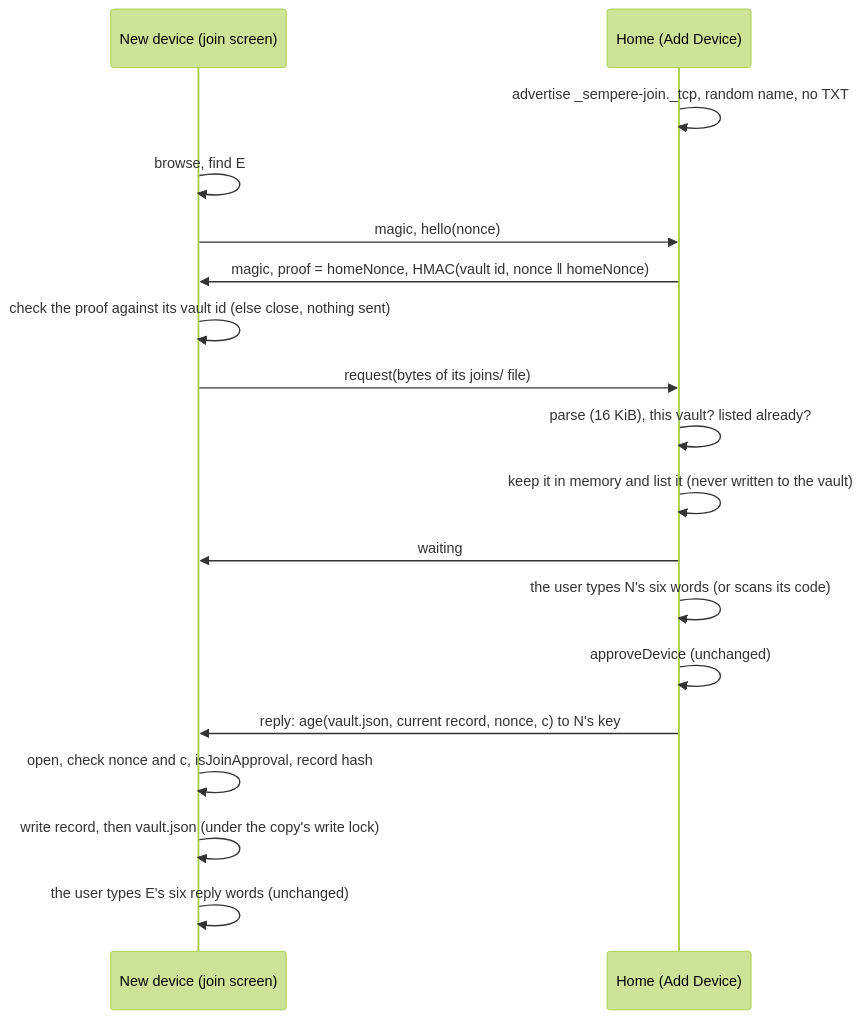
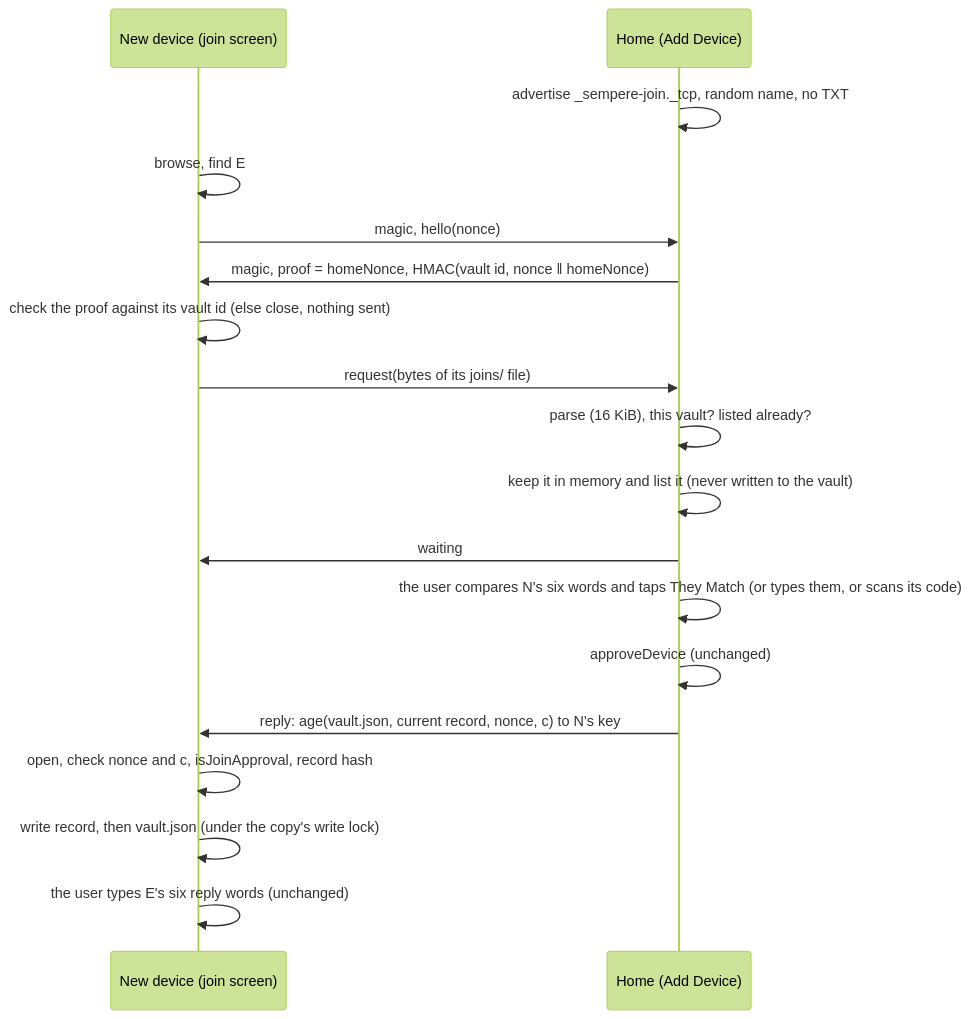
The diagram in docs/design/nearby-join.md (anthonytw/sempere), drawn with Mermaid (forest theme) before and after one commit. The commit also changed 25 other files, not shown here.

First line of the commit message:
join: confirm by tapping They Match (1.2) (#45)

````diff
--- a/docs/design/nearby-join.md
+++ b/docs/design/nearby-join.md
@@ -38,20 +38,20 @@
 ```mermaid
 sequenceDiagram
     participant N as New device (join screen)
     participant E as Home (Add Device)
     E->>E: advertise _sempere-join._tcp, random name, no TXT
     N->>N: browse, find E
     N->>E: magic, hello(nonce)
     E->>N: magic, proof = homeNonce, HMAC(vault id, nonce ‖ homeNonce)
     N->>N: check the proof against its vault id (else close, nothing sent)
     N->>E: request(bytes of its joins/ file)
     E->>E: parse (16 KiB), this vault? listed already?
     E->>E: keep it in memory and list it (never written to the vault)
     E->>N: waiting
-    E->>E: the user types N's six words (or scans its code)
+    E->>E: the user compares N's six words and taps They Match (or types them, or scans its code)
     E->>E: approveDevice (unchanged)
     E->>N: reply: age(vault.json, current record, nonce, c) to N's key
     N->>N: open, check nonce and c, isJoinApproval, record hash
     N->>N: write record, then vault.json (under the copy's write lock)
     N->>N: the user types E's six reply words (unchanged)
 ```
````
